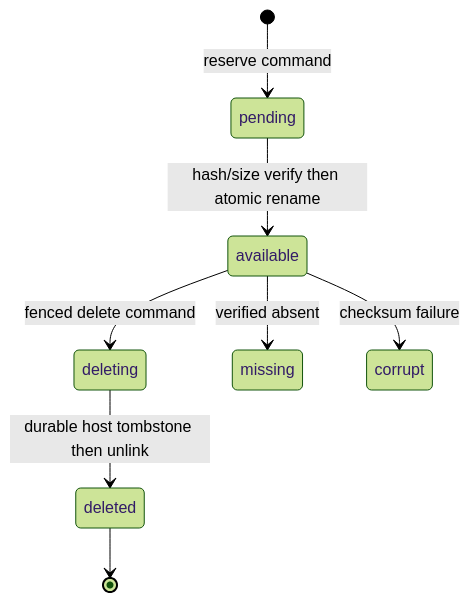
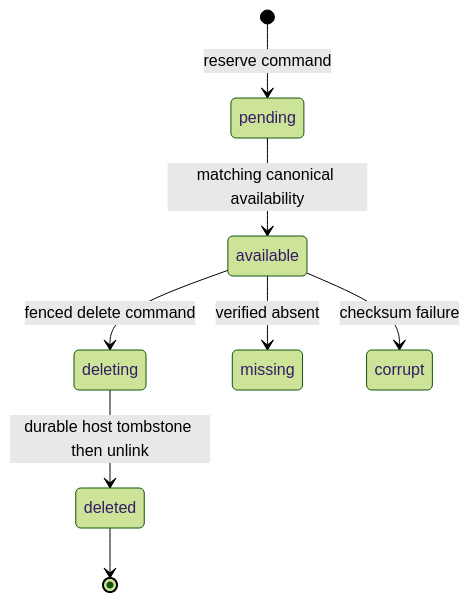
The first of 2 diagrams in docs/system-analytics/execution-runtime-objects.md (maister-dev/maister), drawn with Mermaid (forest theme) before and after one commit. The commit also changed other lines of this file and 51 other files, not shown here.

````diff
--- a/docs/system-analytics/execution-runtime-objects.md
+++ b/docs/system-analytics/execution-runtime-objects.md
@@ -31,10 +31,10 @@
 ```mermaid
 stateDiagram-v2
   [*] --> pending: reserve command
-  pending --> available: hash/size verify then atomic rename
+  pending --> available: matching canonical availability
   available --> deleting: fenced delete command
   deleting --> deleted: durable host tombstone then unlink
   available --> missing: verified absent
   available --> corrupt: checksum failure
   deleted --> [*]
 ```
````
